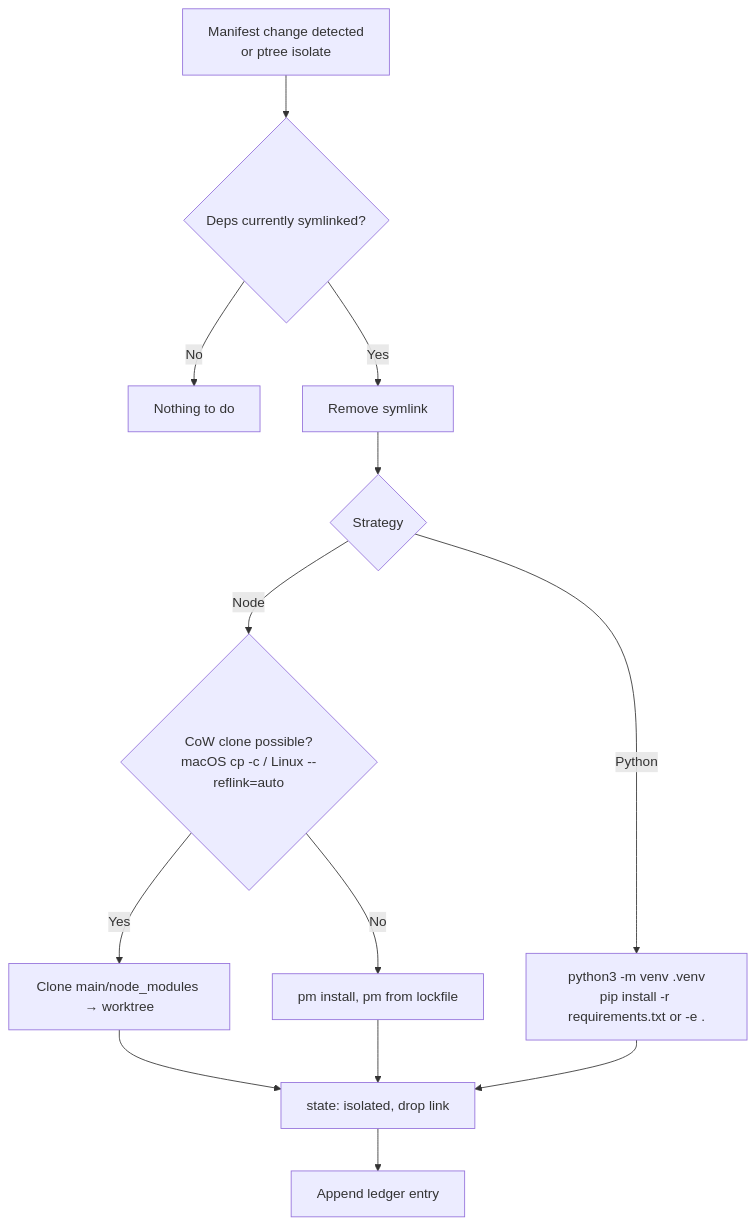
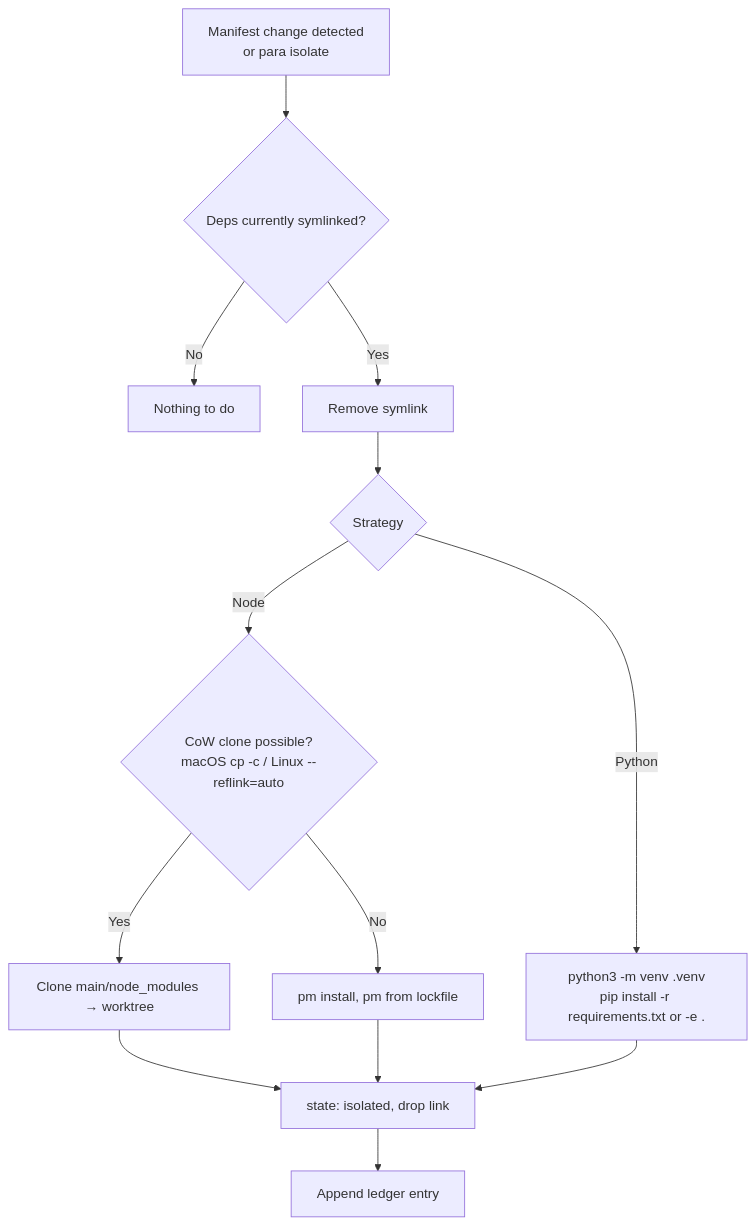
One commit to SarthakJain23/para-space changed the diagram in FLOW.md. Above: the diagram before and after it, drawn with Mermaid. The commit also changed other lines of this file and 25 other files, not shown here.

````diff
--- a/FLOW.md
+++ b/FLOW.md
@@ -107,15 +107,15 @@
 ```mermaid
 flowchart TD
-    A[Manifest change detected<br/>or ptree isolate] --> B{Deps currently symlinked?}
+    A[Manifest change detected<br/>or para isolate] --> B{Deps currently symlinked?}
     B -- No --> Z[Nothing to do]
     B -- Yes --> C[Remove symlink]
     C --> N{Strategy}
     N -- Node --> D{CoW clone possible?<br/>macOS cp -c / Linux --reflink=auto}
     D -- Yes --> E[Clone main/node_modules → worktree]
     D -- No --> F[pm install, pm from lockfile]
     N -- Python --> P[python3 -m venv .venv<br/>pip install -r requirements.txt or -e .]
     E --> G[state: isolated, drop link]
     F --> G
     P --> G
     G --> H[Append ledger entry]
 ```
````
